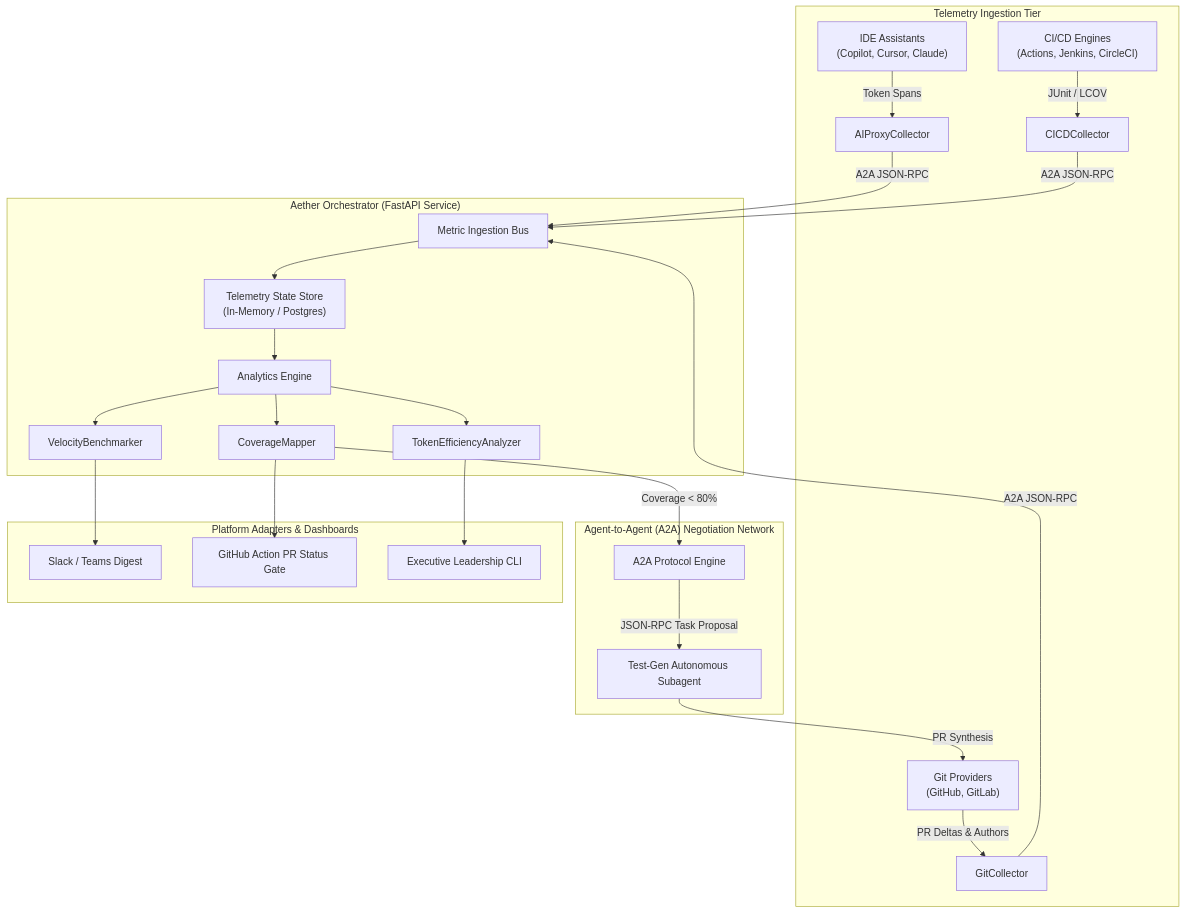
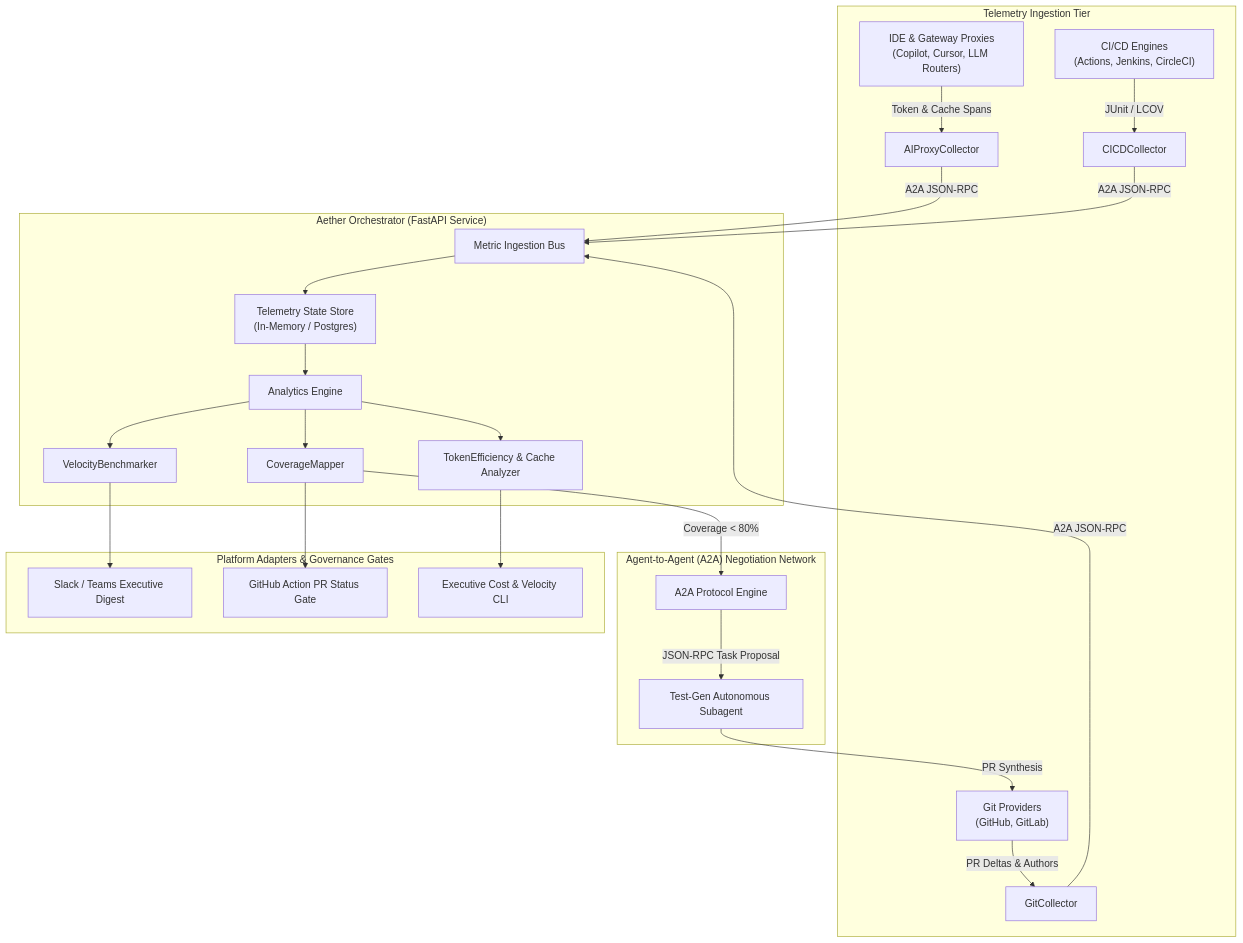
The first of 2 diagrams in README.md (hoomanp/aether-metrics), drawn with Mermaid before and after one commit. The commit also changed other lines of this file, not shown here.

Commit message:
docs: add LLM inference unit economics, prefix cache hit ratio SLOs, and plain technical style

````diff
--- a/README.md
+++ b/README.md
@@ -41,33 +57,33 @@
 ```mermaid
 flowchart TD
     subgraph DataSources["Telemetry Ingestion Tier"]
-        IDE["IDE Assistants\n(Copilot, Cursor, Claude)"] -->|Token Spans| AICollector["AIProxyCollector"]
+        IDE["IDE & Gateway Proxies\n(Copilot, Cursor, LLM Routers)"] -->|Token & Cache Spans| AICollector["AIProxyCollector"]
         VCS["Git Providers\n(GitHub, GitLab)"] -->|PR Deltas & Authors| GitCollector["GitCollector"]
         CI["CI/CD Engines\n(Actions, Jenkins, CircleCI)"] -->|JUnit / LCOV| CICollector["CICDCollector"]
     end
 
     subgraph CoreHub["Aether Orchestrator (FastAPI Service)"]
         AICollector -->|A2A JSON-RPC| Ingest["Metric Ingestion Bus"]
         GitCollector -->|A2A JSON-RPC| Ingest
         CICollector -->|A2A JSON-RPC| Ingest
         
         Ingest --> State["Telemetry State Store\n(In-Memory / Postgres)"]
         State --> Analyzers["Analytics Engine"]
         
         Analyzers --> VelBench["VelocityBenchmarker"]
         Analyzers --> CovMap["CoverageMapper"]
-        Analyzers --> TokEff["TokenEfficiencyAnalyzer"]
+        Analyzers --> TokEff["TokenEfficiency & Cache Analyzer"]
     end
 
     subgraph A2AExecution["Agent-to-Agent (A2A) Negotiation Network"]
         CovMap -->|Coverage < 80%| Negotiator["A2A Protocol Engine"]
         Negotiator -->|JSON-RPC Task Proposal| TestAgent["Test-Gen Autonomous Subagent"]
         TestAgent -->|PR Synthesis| VCS
     end
 
-    subgraph ExecutiveReporting["Platform Adapters & Dashboards"]
-        VelBench --> Slack["Slack / Teams Digest"]
+    subgraph ExecutiveReporting["Platform Adapters & Governance Gates"]
+        VelBench --> Slack["Slack / Teams Executive Digest"]
         CovMap --> PRGate["GitHub Action PR Status Gate"]
-        TokEff --> ExecCLI["Executive Leadership CLI"]
+        TokEff --> ExecCLI["Executive Cost & Velocity CLI"]
     end
 ```
````
